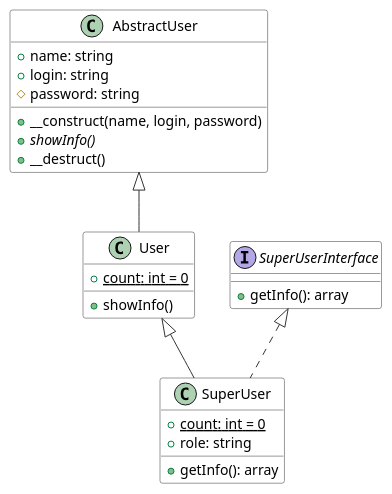
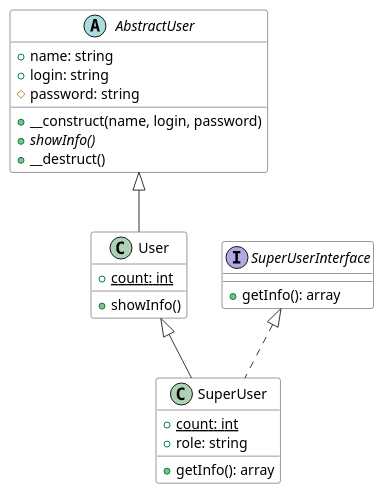
The diagram in MyProject/Classes/digrm.puml (Krrina/web), drawn with PlantUML before and after one commit.

```diff
--- a/MyProject/Classes/digrm.puml
+++ b/MyProject/Classes/digrm.puml
@@ -1,36 +1,36 @@
 @startuml UML
 skinparam class {
     BackgroundColor White
     BorderColor #333
     ArrowColor #333
 }
 
-class AbstractUser {
-  + {field} name: string
-  + {field} login: string
-  # {field} password: string
-  + {method} __construct(name, login, password)
+abstract class AbstractUser {
+  + name: string
+  + login: string
+  # password: string
+  + __construct(name, login, password)
   + {abstract} showInfo()
-  + {method} __destruct()
+  + __destruct()
 }
 
 class User {
-  + {static} count: int = 0
-  + {method} showInfo()
+  + {static} count: int
+  + showInfo()
 }
 
 class SuperUser {
-  + {static} count: int = 0
-  + {field} role: string
-  + {method} getInfo(): array
+  + {static} count: int
+  + role: string
+  + getInfo(): array
 }
 
 interface SuperUserInterface {
-  + {method} getInfo(): array
+  + getInfo(): array
 }
 
 AbstractUser <|-- User
 User <|-- SuperUser
 SuperUserInterface <|.. SuperUser
 
 @enduml
```
